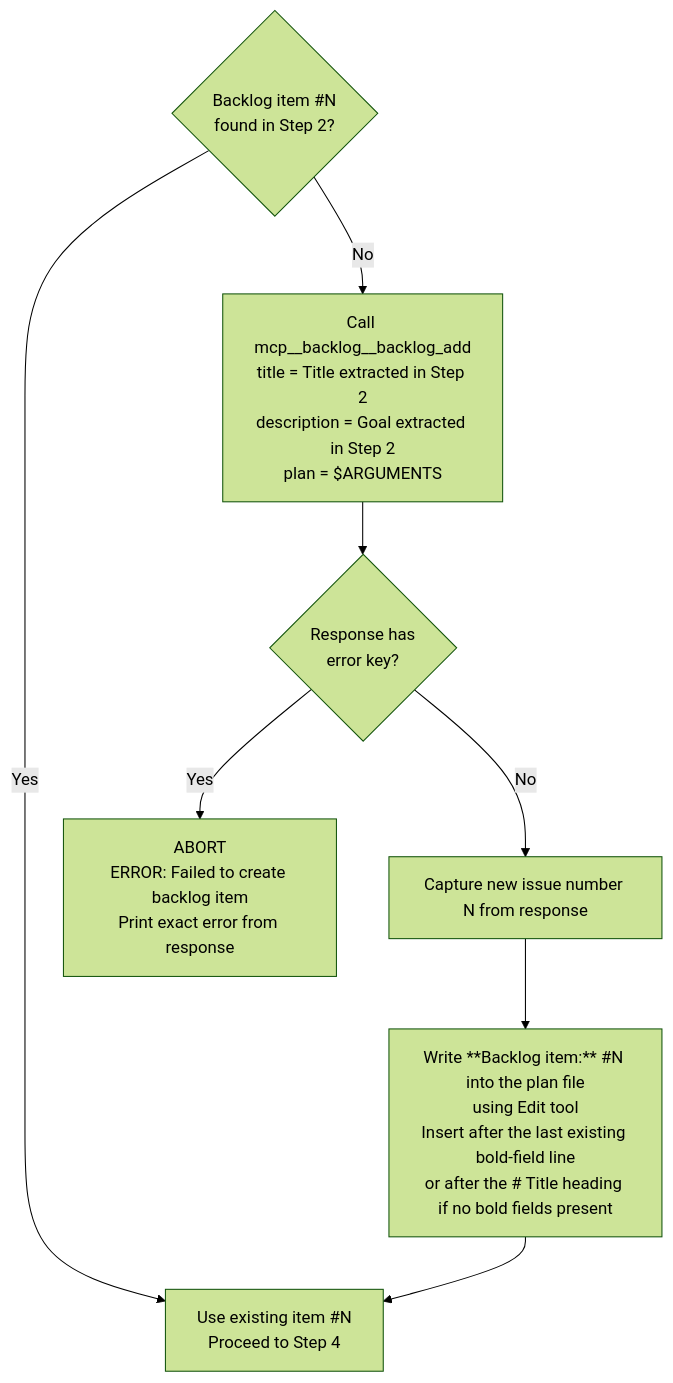
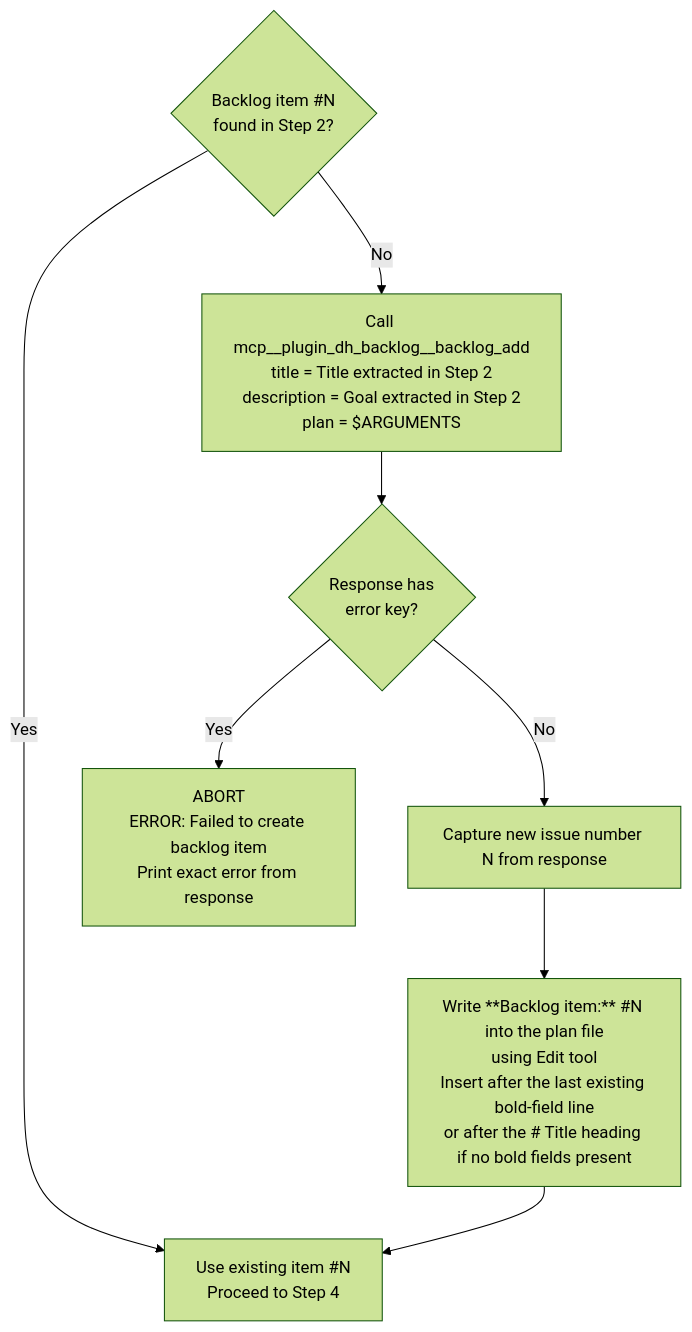
Before and after one commit to chgreer1070/claude_skills: the second of 4 diagrams in plugins/development-harness/skills/interop/SKILL.md, drawn with Mermaid (forest theme). The commit also changed other lines of this file and 33 other files, not shown here.

First line of the commit message:
fix(backlog): rename mcp__backlog__ to mcp__plugin_dh_backlog__ across repo

````diff
--- a/plugins/development-harness/skills/interop/SKILL.md
+++ b/plugins/development-harness/skills/interop/SKILL.md
@@ -88,11 +88,11 @@
 ```mermaid
 flowchart TD
     Q{Backlog item #N<br>found in Step 2?}
     Q -->|Yes| UseExisting[Use existing item #N<br>Proceed to Step 4]
-    Q -->|No| Create["Call mcp__backlog__backlog_add<br>title = Title extracted in Step 2<br>description = Goal extracted in Step 2<br>plan = $ARGUMENTS"]
+    Q -->|No| Create["Call mcp__plugin_dh_backlog__backlog_add<br>title = Title extracted in Step 2<br>description = Goal extracted in Step 2<br>plan = $ARGUMENTS"]
     Create --> CheckError{Response has<br>error key?}
     CheckError -->|Yes| AbortCreate["ABORT<br>ERROR: Failed to create backlog item<br>Print exact error from response"]
     CheckError -->|No| CaptureN[Capture new issue number N from response]
     CaptureN --> WriteRef["Write **Backlog item:** #N into the plan file<br>using Edit tool<br>Insert after the last existing bold-field line<br>or after the # Title heading if no bold fields present"]
     WriteRef --> UseExisting
 ```
````
